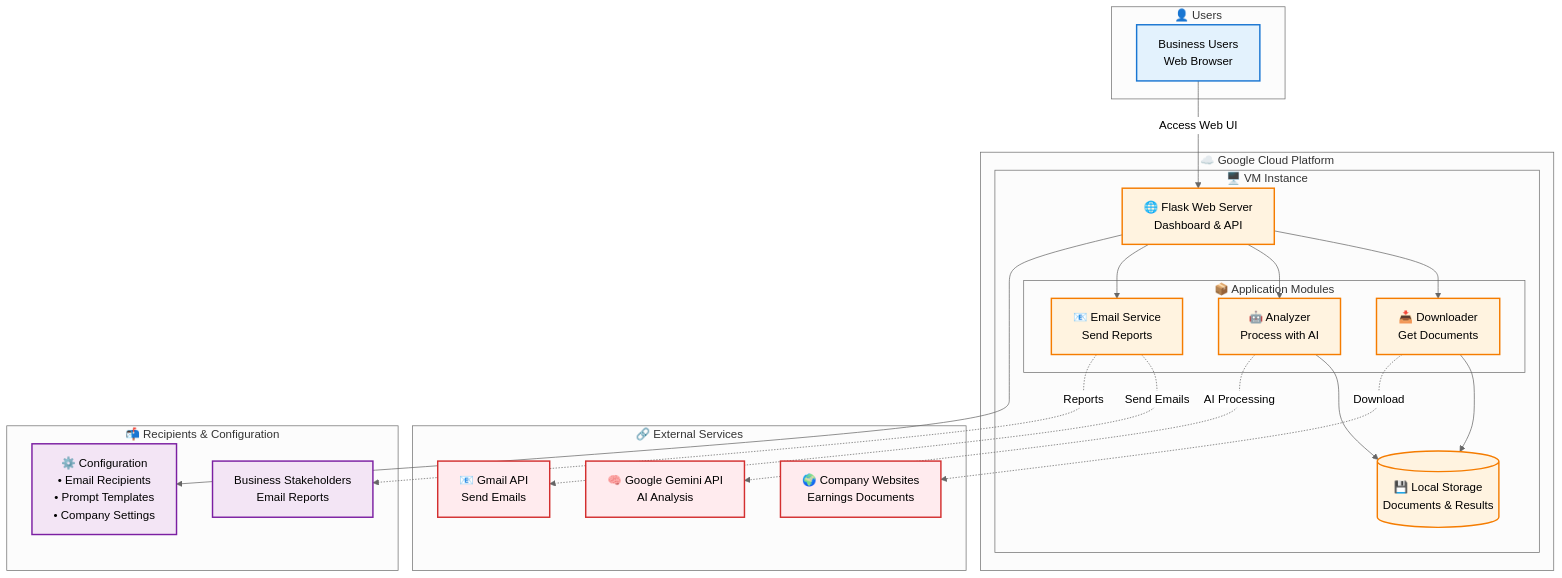
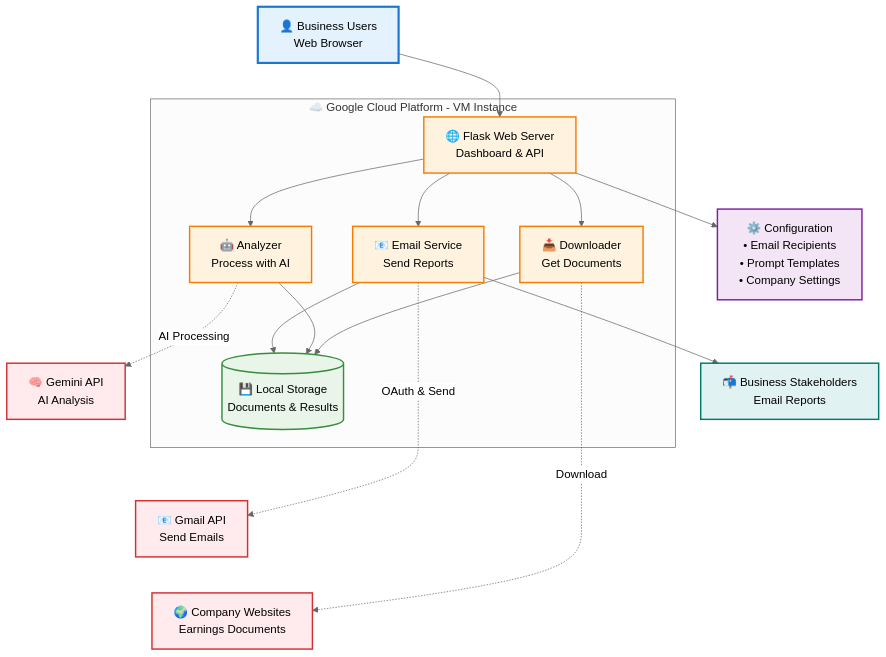
One commit to aimlllm/gemini_agent changed the diagram in README.md. Above: the diagram before and after it, drawn with Mermaid (neutral theme). The commit also changed other lines of this file, not shown here.

````diff
--- a/README.md
+++ b/README.md
@@ -21,62 +21,64 @@
 ```mermaid
 graph TB
-    subgraph "👤 Users"
-        USER[Business Users<br/>Web Browser]
+    %% Users and Access
+    USER[👤 Business Users<br/>Web Browser]
+    
+    %% Core System Components
+    subgraph GCP["☁️ Google Cloud Platform - VM Instance"]
+        WEB[🌐 Flask Web Server<br/>Dashboard & API]
+        DOWN[📥 Downloader<br/>Get Documents]
+        ANALYZE[🤖 Analyzer<br/>Process with AI]
+        EMAIL[📧 Email Service<br/>Send Reports]
+        STORAGE[(💾 Local Storage<br/>Documents & Results)]
     end
     
-    subgraph "☁️ Google Cloud Platform"
-        subgraph "🖥️ VM Instance"
-            WEB[🌐 Flask Web Server<br/>Dashboard & API]
-            
-            subgraph "📦 Application Modules"
-                DOWN[📥 Downloader<br/>Get Documents]
-                ANALYZE[🤖 Analyzer<br/>Process with AI]
-                EMAIL[📧 Email Service<br/>Send Reports]
-            end
-            
-            STORAGE[(💾 Local Storage<br/>Documents & Results)]
-        end
-    end
+    %% External APIs
+    GEMINI[🧠 Gemini API<br/>AI Analysis]
+    GMAIL[📧 Gmail API<br/>Send Emails]
+    DOCS[🌍 Company Websites<br/>Earnings Documents]
     
-    subgraph "🔗 External Services"
-        GEMINI[🧠 Google Gemini API<br/>AI Analysis]
-        GMAIL[📧 Gmail API<br/>Send Emails]
-        DOCS[🌍 Company Websites<br/>Earnings Documents]
-    end
+    %% Configuration and Output
+    CONFIG[⚙️ Configuration<br/>• Email Recipients<br/>• Prompt Templates<br/>• Company Settings]
+    STAKEHOLDERS[📬 Business Stakeholders<br/>Email Reports]
     
-    subgraph "📬 Recipients & Configuration"
-        STAKEHOLDERS[Business Stakeholders<br/>Email Reports]
-        CONFIG[⚙️ Configuration<br/>• Email Recipients<br/>• Prompt Templates<br/>• Company Settings]
-    end
+    %% Main Flow Connections
+    USER --> WEB
+    WEB --> DOWN
+    WEB --> ANALYZE
+    WEB --> EMAIL
+    WEB --> CONFIG
     
-    %% User Flow
-    USER -->|Access Web UI| WEB
-    
-    %% Internal Flow
-    WEB --> DOWN
-    WEB --> ANALYZE  
-    WEB --> EMAIL
+    %% Storage Connections
     DOWN --> STORAGE
     ANALYZE --> STORAGE
-    WEB --> CONFIG
+    EMAIL --> STORAGE
     
-    %% External API Calls
+    %% External API Connections
     DOWN -.->|Download| DOCS
     ANALYZE -.->|AI Processing| GEMINI
-    EMAIL -.->|Send Emails| GMAIL
+    EMAIL -.->|OAuth & Send| GMAIL
     
-    %% Output
-    EMAIL -.->|Reports| STAKEHOLDERS
+    %% Output Connection
+    EMAIL --> STAKEHOLDERS
+    
+    %% Positioning for compact layout
+    USER ~~~ GEMINI
+    GEMINI ~~~ GMAIL
+    GMAIL ~~~ DOCS
+    CONFIG ~~~ STAKEHOLDERS
     
     %% Styling
-    classDef userClass fill:#E3F2FD,stroke:#1976D2,stroke-width:2px
+    classDef userClass fill:#E3F2FD,stroke:#1976D2,stroke-width:3px
     classDef gcpClass fill:#FFF3E0,stroke:#F57C00,stroke-width:2px
-    classDef moduleClass fill:#E8F5E8,stroke:#388E3C,stroke-width:2px
+    classDef storageClass fill:#E8F5E8,stroke:#388E3C,stroke-width:2px
     classDef apiClass fill:#FFEBEE,stroke:#D32F2F,stroke-width:2px
     classDef configClass fill:#F3E5F5,stroke:#7B1FA2,stroke-width:2px
+    classDef outputClass fill:#E0F2F1,stroke:#00796B,stroke-width:2px
     
     class USER userClass
-    class WEB,DOWN,ANALYZE,EMAIL,STORAGE gcpClass
+    class WEB,DOWN,ANALYZE,EMAIL gcpClass
+    class STORAGE storageClass
     class GEMINI,GMAIL,DOCS apiClass
-    class STAKEHOLDERS,CONFIG configClass
+    class CONFIG configClass
+    class STAKEHOLDERS outputClass
 ```
````
